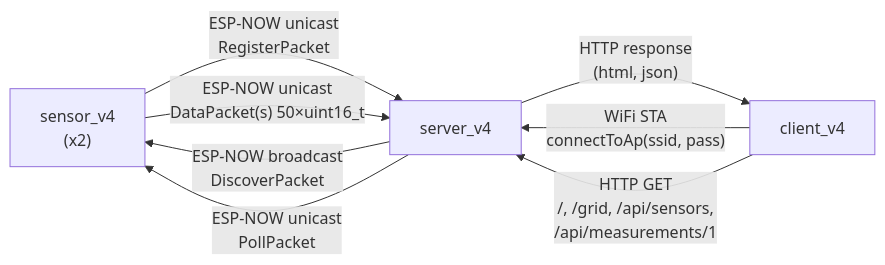
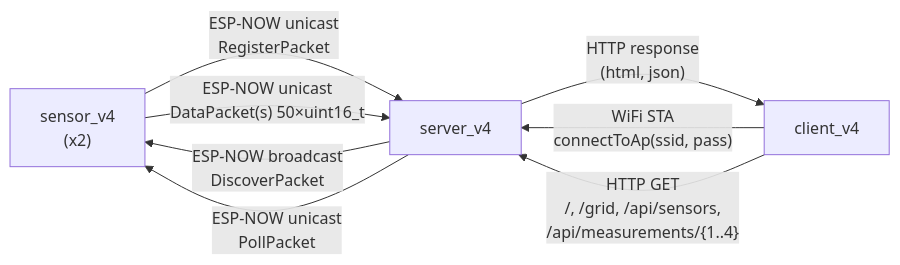
The diagram in apps/sensorgrid_v4/doc/mermaid/sensorgrid_v4_object_model.mmd (nepbuur1/godmode_sensorgrid), drawn with Mermaid before and after one commit. The commit also changed 9 other files, not shown here.

```diff
--- a/apps/sensorgrid_v4/doc/mermaid/sensorgrid_v4_object_model.mmd
+++ b/apps/sensorgrid_v4/doc/mermaid/sensorgrid_v4_object_model.mmd
@@ -1,21 +1,21 @@
 graph LR
     sensor_v4["sensor_v4
 (x2)"]
     server_v4["server_v4"]
     client_v4["client_v4"]
 
     server_v4 -- "ESP-NOW broadcast
 DiscoverPacket" --> sensor_v4
     sensor_v4 -- "ESP-NOW unicast
 RegisterPacket" --> server_v4
     server_v4 -- "ESP-NOW unicast
 PollPacket" --> sensor_v4
     sensor_v4 -- "ESP-NOW unicast
 DataPacket(s) 50×uint16_t" --> server_v4
     client_v4 -- "WiFi STA
 connectToAp(ssid, pass)" --> server_v4
     client_v4 -- "HTTP GET
 /, /grid, /api/sensors,
-/api/measurements/1" --> server_v4
+/api/measurements/{1..4}" --> server_v4
     server_v4 -- "HTTP response
 (html, json)" --> client_v4
```
